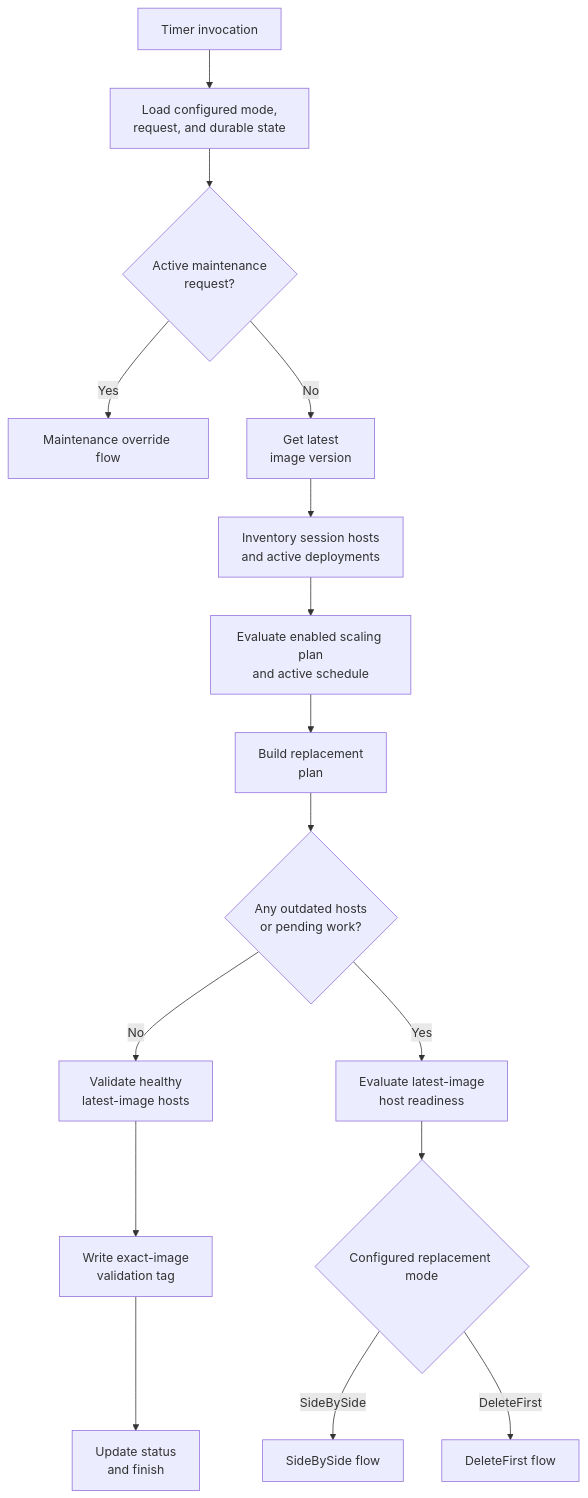
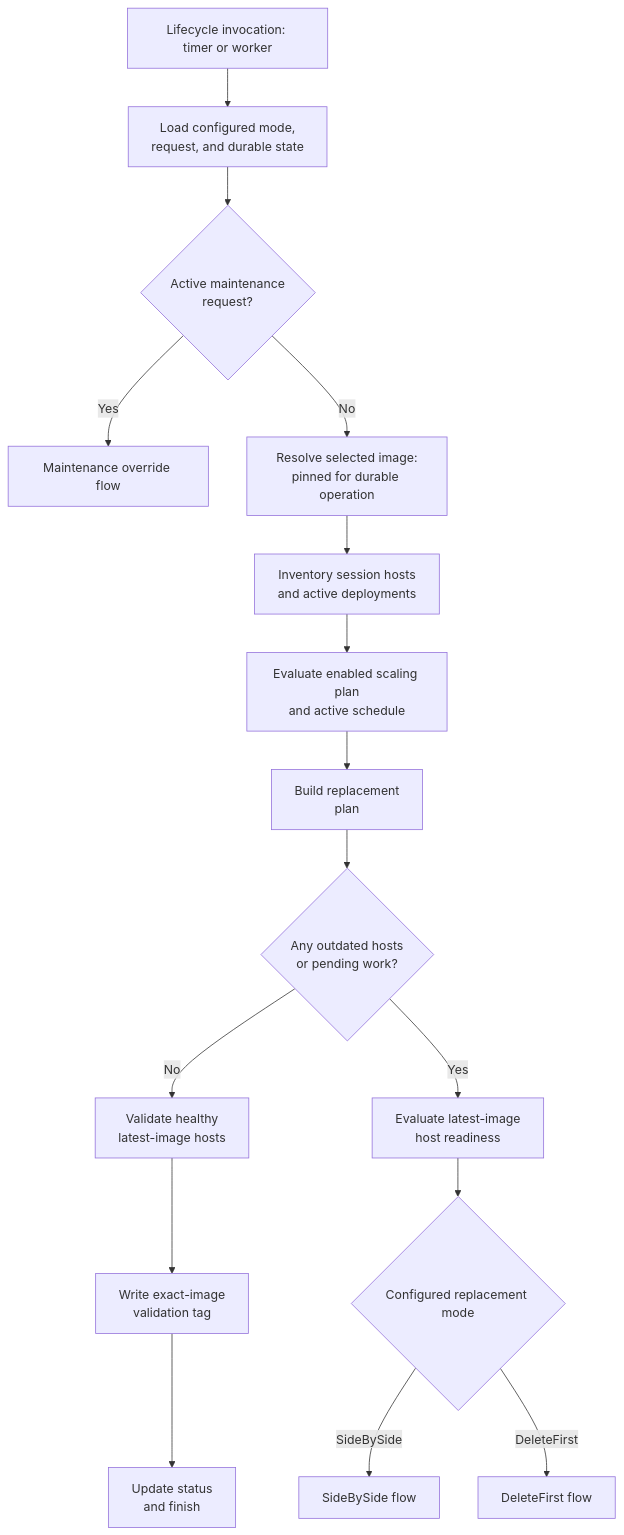
The second of 5 diagrams in deployments/add-ons/sessionHostReplacer/replacement-flow.md (Azure/FederalAVD), drawn with Mermaid before and after one commit. The commit also changed other lines of this file and 298 other files, not shown here.

````diff
--- a/deployments/add-ons/sessionHostReplacer/replacement-flow.md
+++ b/deployments/add-ons/sessionHostReplacer/replacement-flow.md
@@ -16,18 +168,18 @@
 ```mermaid
 flowchart TD
-    A[Timer invocation] --> B["Load configured mode,<br/>request, and durable state"]
+    A[Lifecycle invocation: timer or worker] --> B["Load configured mode,<br/>request, and durable state"]
     B --> R{"Active maintenance<br/>request?"}
     R -- Yes --> MW[Maintenance override flow]
-    R -- No --> C["Get latest<br/>image version"]
+    R -- No --> C["Resolve selected image:<br/>pinned for durable operation"]
     C --> D["Inventory session hosts<br/>and active deployments"]
     D --> E["Evaluate enabled scaling plan<br/>and active schedule"]
     E --> F["Build replacement<br/>plan"]
     F --> G{"Any outdated hosts<br/>or pending work?"}
     G -- No --> H["Validate healthy<br/>latest-image hosts"]
     H --> I["Write exact-image<br/>validation tag"]
     I --> J["Update status<br/>and finish"]
     G -- Yes --> K["Evaluate latest-image<br/>host readiness"]
     K --> L{Configured replacement mode}
     L -- SideBySide --> SBS[SideBySide flow]
     L -- DeleteFirst --> DF[DeleteFirst flow]
 ```
````
